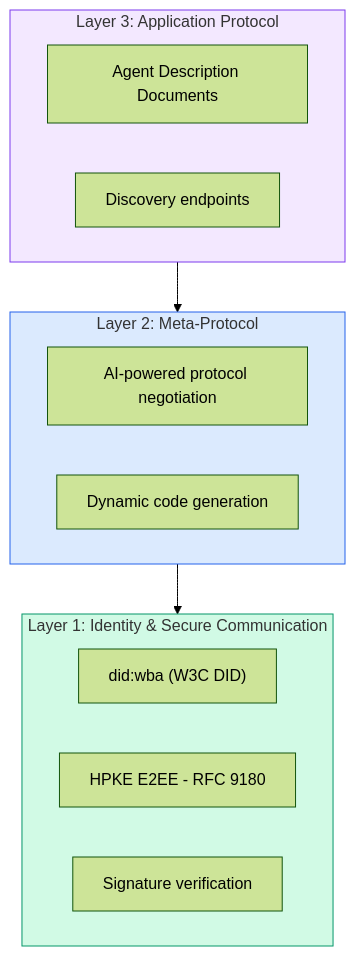
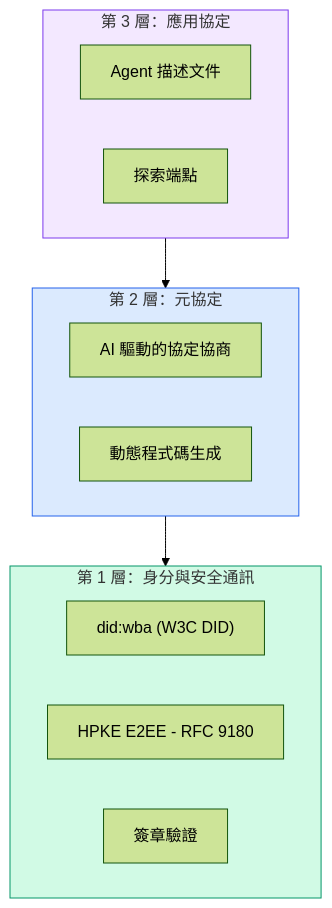
One commit to edward821220/ai-engineering-from-scratch changed the eighth of 13 diagrams in i18n/zh-TW/phases/16-multi-agent-and-swarms/03-communication-protocols/docs/zh-TW.md. Above: the diagram before and after it, drawn with Mermaid (forest theme). The commit also changed other lines of this file and 43 other files, not shown here.

````diff
--- a/i18n/zh-TW/phases/16-multi-agent-and-swarms/03-communication-protocols/docs/zh-TW.md
+++ b/i18n/zh-TW/phases/16-multi-agent-and-swarms/03-communication-protocols/docs/zh-TW.md
@@ -394,23 +394,23 @@
 ```mermaid
 graph TB
-    subgraph Layer3["Layer 3: Application Protocol"]
-        AD[Agent Description Documents]
-        DISC[Discovery endpoints]
+    subgraph Layer3["第 3 層：應用協定"]
+        AD[Agent 描述文件]
+        DISC[探索端點]
     end
-    subgraph Layer2["Layer 2: Meta-Protocol"]
-        NEG[AI-powered protocol negotiation]
-        CODE[Dynamic code generation]
+    subgraph Layer2["第 2 層：元協定"]
+        NEG[AI 驅動的協定協商]
+        CODE[動態程式碼生成]
     end
-    subgraph Layer1["Layer 1: Identity & Secure Communication"]
+    subgraph Layer1["第 1 層：身分與安全通訊"]
         DID["did:wba (W3C DID)"]
         HPKE[HPKE E2EE - RFC 9180]
-        SIG[Signature verification]
+        SIG[簽章驗證]
     end
 
     Layer3 --> Layer2
     Layer2 --> Layer1
 
     style Layer1 fill:#d1fae5,stroke:#059669
     style Layer2 fill:#dbeafe,stroke:#2563eb
     style Layer3 fill:#f3e8ff,stroke:#7c3aed
 ```
````
